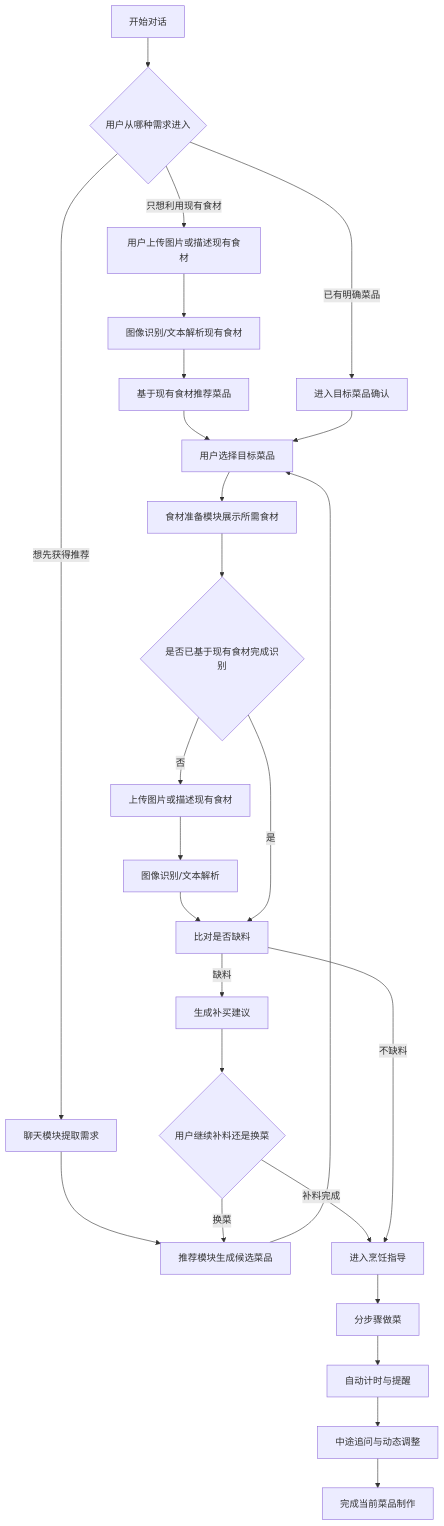
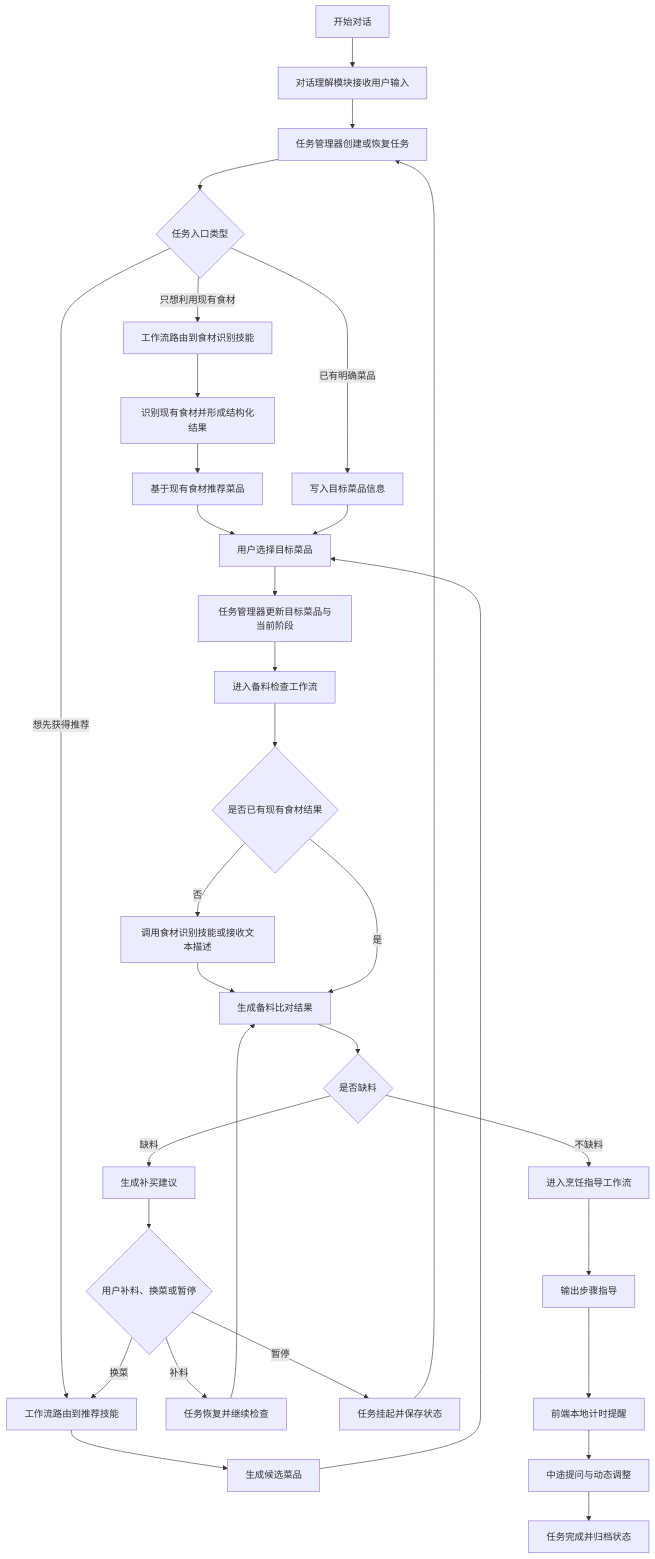
Before and after one commit to LangYiSheng/ChefMate: the third of 4 diagrams in docs/overview_design_report.md, drawn with Mermaid. The commit also changed other lines of this file and 49 other files, not shown here.

````diff
--- a/docs/overview_design_report.md
+++ b/docs/overview_design_report.md
@@ -152,32 +183,39 @@
 ```mermaid
 flowchart TD
-    A["开始对话"] --> B{"用户从哪种需求进入"}
-    B -- "已有明确菜品" --> C["进入目标菜品确认"]
-    B -- "想先获得推荐" --> D["聊天模块提取需求"]
-    B -- "只想利用现有食材" --> E["用户上传图片或描述现有食材"]
+    A["开始对话"] --> B["对话理解模块接收用户输入"]
+    B --> C["任务管理器创建或恢复任务"]
+    C --> D{"任务入口类型"}
 
-    D --> F["推荐模块生成候选菜品"]
-    E --> G["图像识别/文本解析现有食材"]
-    G --> H["基于现有食材推荐菜品"]
-    H --> I["用户选择目标菜品"]
-    F --> I
-    C --> I
+    D -- "已有明确菜品" --> E["写入目标菜品信息"]
+    D -- "想先获得推荐" --> F["工作流路由到推荐技能"]
+    D -- "只想利用现有食材" --> G["工作流路由到食材识别技能"]
 
-    I --> J["食材准备模块展示所需食材"]
-    J --> K{"是否已基于现有食材完成识别"}
-    K -- "否" --> L["上传图片或描述现有食材"]
-    L --> M["图像识别/文本解析"]
-    M --> N["比对是否缺料"]
-    K -- "是" --> N
+    F --> H["生成候选菜品"]
+    G --> I["识别现有食材并形成结构化结果"]
+    I --> J["基于现有食材推荐菜品"]
+    H --> K["用户选择目标菜品"]
+    J --> K
+    E --> K
 
-    N -- "缺料" --> O["生成补买建议"]
-    O --> P{"用户继续补料还是换菜"}
-    P -- "换菜" --> F
-    P -- "补料完成" --> Q["进入烹饪指导"]
-    N -- "不缺料" --> Q
+    K --> L["任务管理器更新目标菜品与当前阶段"]
+    L --> M["进入备料检查工作流"]
+    M --> N{"是否已有现有食材结果"}
+    N -- "否" --> O["调用食材识别技能或接收文本描述"]
+    O --> P["生成备料比对结果"]
+    N -- "是" --> P
 
-    Q --> R["分步骤做菜"]
-    R --> S["自动计时与提醒"]
-    S --> T["中途追问与动态调整"]
-    T --> U["完成当前菜品制作"]
+    P --> Q{"是否缺料"}
+    Q -- "缺料" --> R["生成补买建议"]
+    R --> S{"用户补料、换菜或暂停"}
+    S -- "补料" --> T["任务恢复并继续检查"]
+    T --> P
+    S -- "换菜" --> F
+    S -- "暂停" --> U["任务挂起并保存状态"]
+    U --> C
+
+    Q -- "不缺料" --> V["进入烹饪指导工作流"]
+    V --> W["输出步骤指导"]
+    W --> X["前端本地计时提醒"]
+    X --> Y["中途提问与动态调整"]
+    Y --> Z["任务完成并归档状态"]
 ```
````
